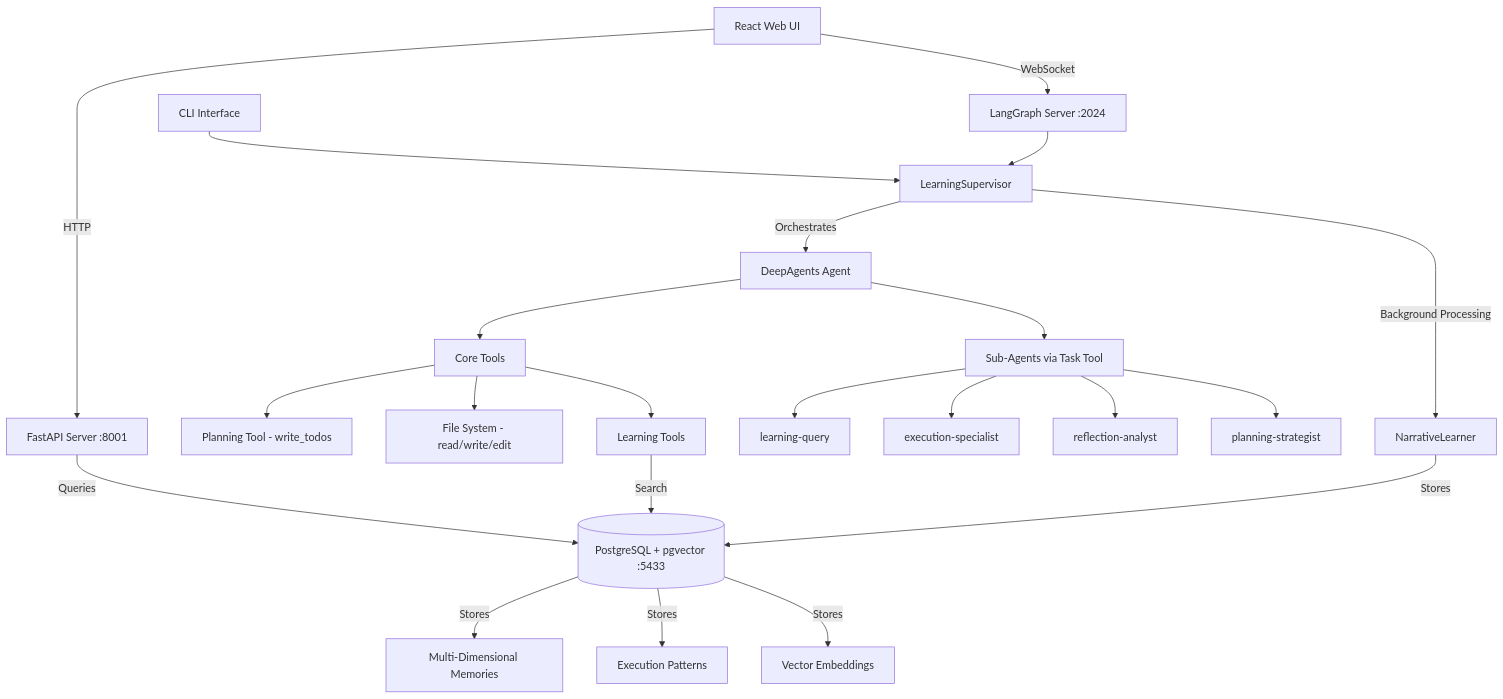
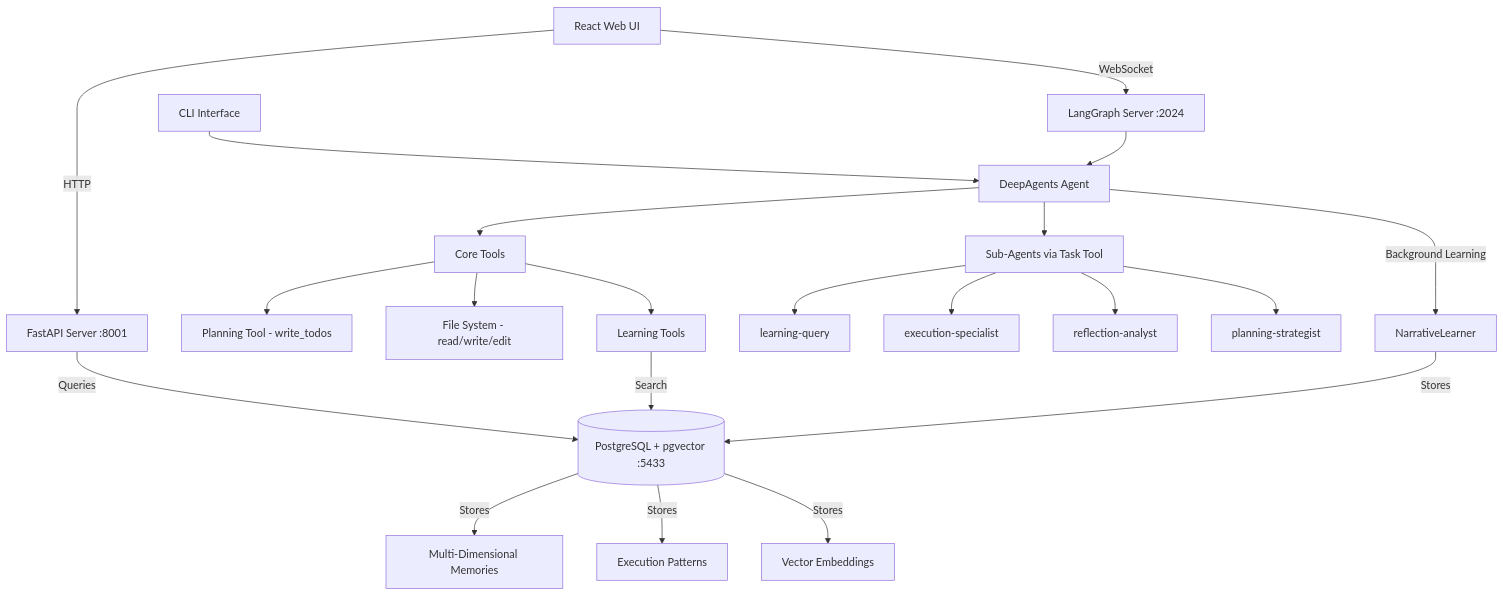
Before and after one commit to johannhartmann/learning-agent: the diagram in README.md, drawn with Mermaid. The commit also changed other lines of this file, not shown here.

Commit message:
docs: complete README updates to remove LearningSupervisor references
- Update architecture diagram to show direct CLI->Agent connection
- Remove LearningSupervisor from Core Components list
- Clarify that DeepAgents Agent directly integrates learning
- Simplify architecture flow without redundant supervisor layer

````diff
--- a/README.md
+++ b/README.md
@@ -156,31 +156,30 @@
 ```mermaid
 graph TD
     UI[React Web UI] -->|HTTP| API[FastAPI Server :8001]
     UI -->|WebSocket| Server[LangGraph Server :2024]
 
-    CLI[CLI Interface] --> LS[LearningSupervisor]
-    Server --> LS
+    CLI[CLI Interface] --> Agent[DeepAgents Agent]
+    Server --> Agent
 
-    LS -->|Orchestrates| Agent[DeepAgents Agent]
     Agent --> Tools[Core Tools]
     Agent --> SubAgents[Sub-Agents via Task Tool]
 
     Tools --> PT[Planning Tool - write_todos]
     Tools --> FS[File System - read/write/edit]
     Tools --> LT[Learning Tools]
 
     SubAgents --> LQ[learning-query]
     SubAgents --> ES[execution-specialist]
     SubAgents --> RA[reflection-analyst]
     SubAgents --> PS[planning-strategist]
 
-    LS -->|Background Processing| NL[NarrativeLearner]
+    Agent -->|Background Learning| NL[NarrativeLearner]
     NL -->|Stores| PG[(PostgreSQL + pgvector :5433)]
 
     API -->|Queries| PG
     LT -->|Search| PG
 
     PG -->|Stores| Memories[Multi-Dimensional Memories]
     PG -->|Stores| Patterns[Execution Patterns]
     PG -->|Stores| Embeddings[Vector Embeddings]
 ```
````
